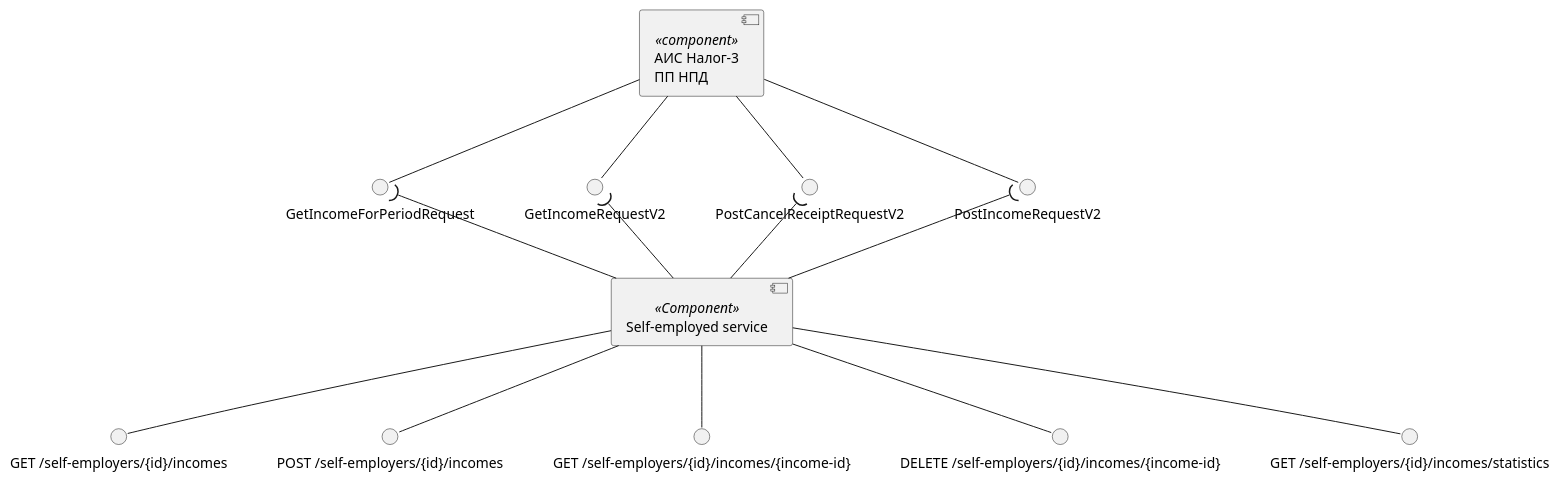
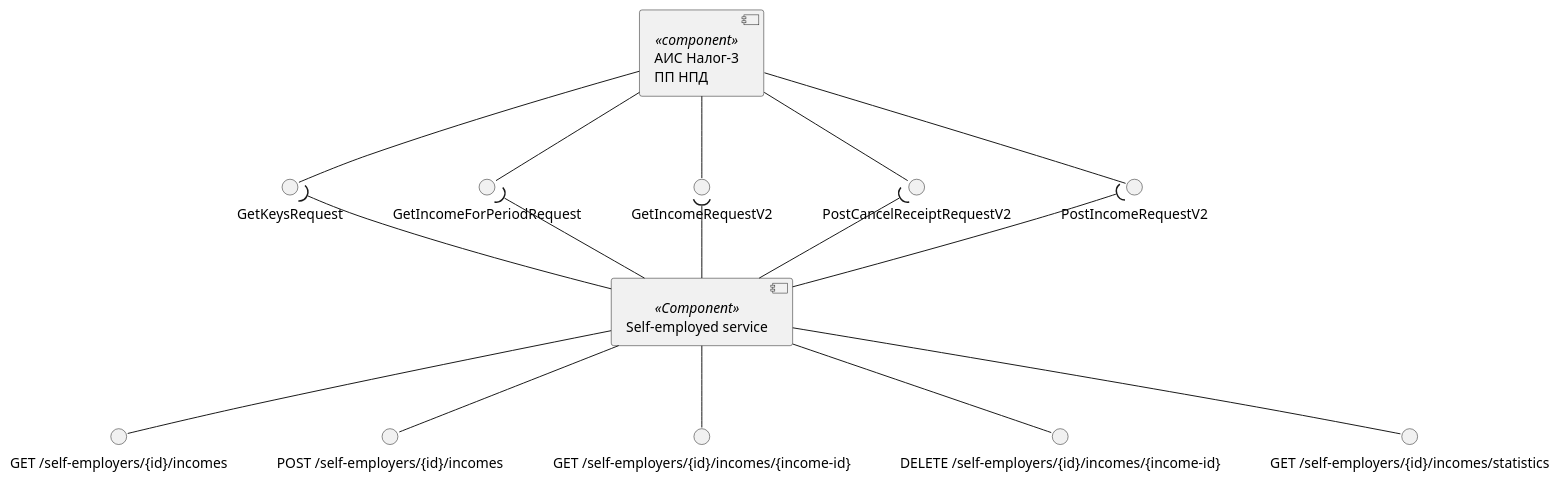
Before and after one commit to RaikBitters/ibank-internal-services: the sixth of 10 diagrams in diagrams/self-employed-service/components.puml, drawn with PlantUML. The commit also changed other lines of this file and 5 other files, not shown here.

Commit message:
Updated diagrams

```diff
--- a/diagrams/self-employed-service/components.puml
+++ b/diagrams/self-employed-service/components.puml
@@ -125,32 +153,35 @@
 @startuml incomes-components
 
 component "АИС Налог-3\nПП НПД" as Tax3 <<component>>
-interface "PostIncomeRequestV2" as PostIncome
-interface "PostCancelReceiptRequestV2" as PostCancelReceipt
-interface "GetIncomeRequestV2" as GetIncome
-interface "GetIncomeForPeriodRequest" as GetIncomeForPeriod
+interface "PostIncomeRequestV2" as postIncomeRequestV2
+interface "PostCancelReceiptRequestV2" as postCancelReceipt
+interface "GetIncomeRequestV2" as getIncomeRequestV2
+interface "GetIncomeForPeriodRequest" as getIncomeForPeriod
+interface "GetKeysRequest" as getKeys
 
-Tax3 --() PostIncome
-Tax3 --() PostCancelReceipt
-Tax3 --() GetIncome
-Tax3 --() GetIncomeForPeriod
+Tax3 --() postIncomeRequestV2
+Tax3 --() postCancelReceipt
+Tax3 --() getIncomeRequestV2
+Tax3 --() getIncomeForPeriod
+Tax3 --() getKeys
 
 component "Self-employed service" as SelfEmplService <<Component>>
 interface "GET /self-employers/{id}/incomes" as getIncomes
 interface "POST /self-employers/{id}/incomes" as postIncome
 interface "GET /self-employers/{id}/incomes/{income-id}" as getIncomesId
 interface "DELETE /self-employers/{id}/incomes/{income-id}" as delIncomesId
 interface "GET /self-employers/{id}/incomes/statistics" as getIncomesStatistics
 
 SelfEmplService --() getIncomes
 SelfEmplService --() postIncome
 SelfEmplService --() getIncomesId
 SelfEmplService --() delIncomesId
 SelfEmplService --() getIncomesStatistics
 
-SelfEmplService -up-( PostIncome
-SelfEmplService -up-( PostCancelReceipt
-SelfEmplService -up-( GetIncome
-SelfEmplService -up-( GetIncomeForPeriod
+SelfEmplService -up-( postIncomeRequestV2
+SelfEmplService -up-( postCancelReceipt
+SelfEmplService -up-( getIncomeRequestV2
+SelfEmplService -up-( getIncomeForPeriod
+SelfEmplService -up-( getKeys
 
 @enduml
```
